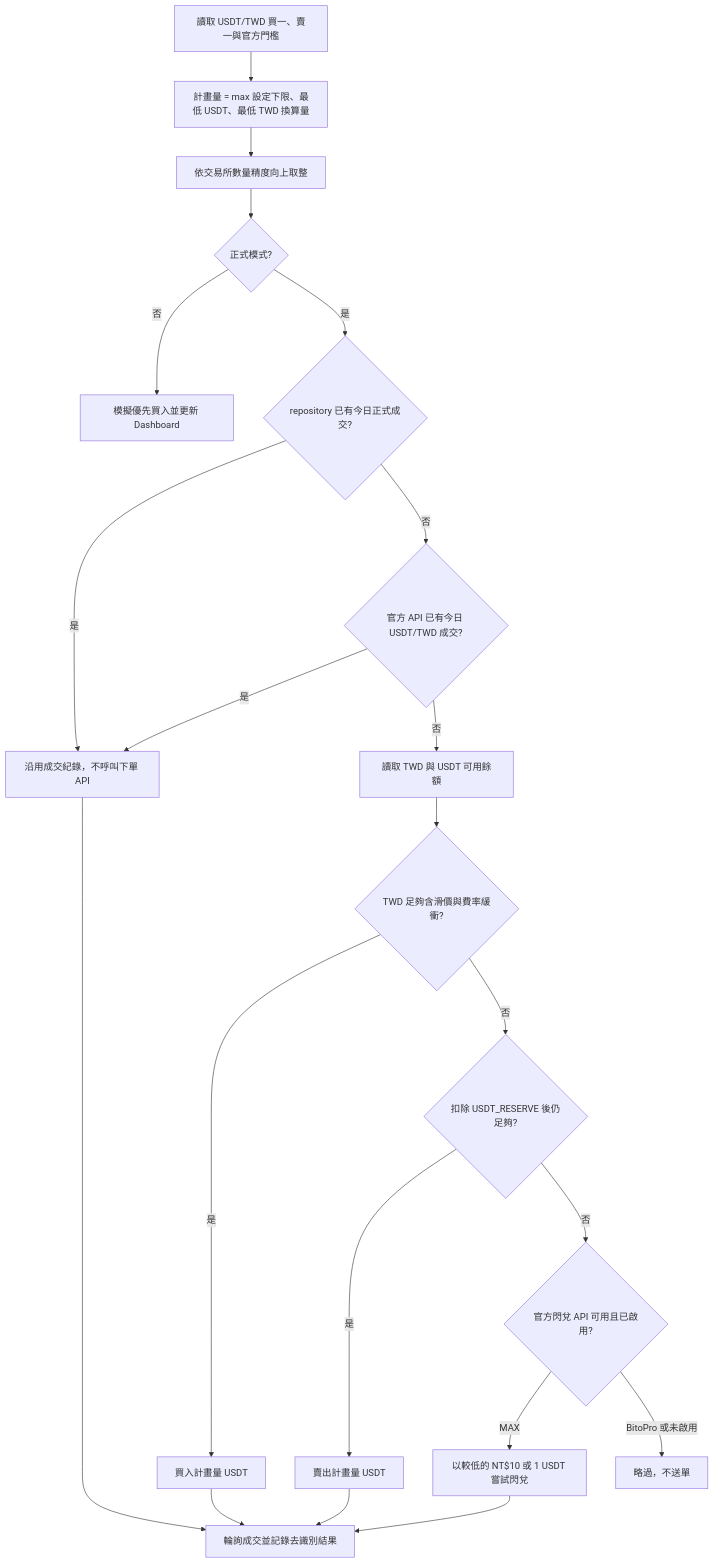
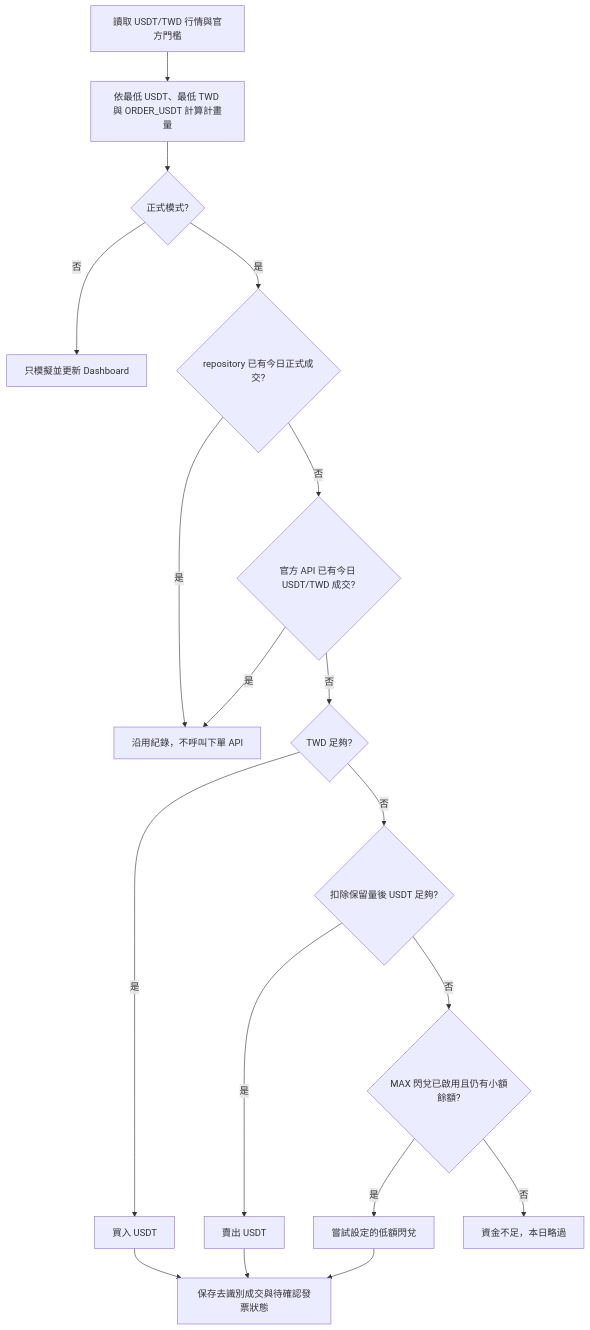
The diagram in README.md (ChiJiun/usdt-invoice-pulse), drawn with Mermaid before and after one commit. The commit also changed other lines of this file and 1 other file, not shown here.

````diff
--- a/README.md
+++ b/README.md
@@ -52,23 +123,20 @@
 ```mermaid
 flowchart TD
-  A[讀取 USDT/TWD 買一、賣一與官方門檻] --> B[計畫量 = max 設定下限、最低 USDT、最低 TWD 換算量]
-  B --> C[依交易所數量精度向上取整]
-  C --> D{正式模式?}
-  D -->|否| E[模擬優先買入並更新 Dashboard]
-  D -->|是| R{repository 已有今日正式成交?}
-  R -->|是| S[沿用成交紀錄，不呼叫下單 API]
-  R -->|否| Q{官方 API 已有今日 USDT/TWD 成交?}
-  Q -->|是| S
-  Q -->|否| F[讀取 TWD 與 USDT 可用餘額]
-  F --> G{TWD 足夠含滑價與費率緩衝?}
-  G -->|是| H[買入計畫量 USDT]
-  G -->|否| I{扣除 USDT_RESERVE 後仍足夠?}
-  I -->|是| J[賣出計畫量 USDT]
-  I -->|否| K{官方閃兌 API 可用且已啟用?}
-  K -->|MAX| M[以較低的 NT$10 或 1 USDT 嘗試閃兌]
-  K -->|BitoPro 或未啟用| N[略過，不送單]
-  H --> L[輪詢成交並記錄去識別結果]
-  J --> L
-  M --> L
-  S --> L
+  A[讀取 USDT/TWD 行情與官方門檻] --> B[依最低 USDT、最低 TWD 與 ORDER_USDT 計算計畫量]
+  B --> C{正式模式?}
+  C -->|否| D[只模擬並更新 Dashboard]
+  C -->|是| E{repository 已有今日正式成交?}
+  E -->|是| F[沿用紀錄，不呼叫下單 API]
+  E -->|否| G{官方 API 已有今日 USDT/TWD 成交?}
+  G -->|是| F
+  G -->|否| H{TWD 足夠?}
+  H -->|是| I[買入 USDT]
+  H -->|否| J{扣除保留量後 USDT 足夠?}
+  J -->|是| K[賣出 USDT]
+  J -->|否| L{MAX 閃兌已啟用且仍有小額餘額?}
+  L -->|是| M[嘗試設定的低額閃兌]
+  L -->|否| N[資金不足，本日略過]
+  I --> O[保存去識別成交與待確認發票狀態]
+  K --> O
+  M --> O
 ```
````
